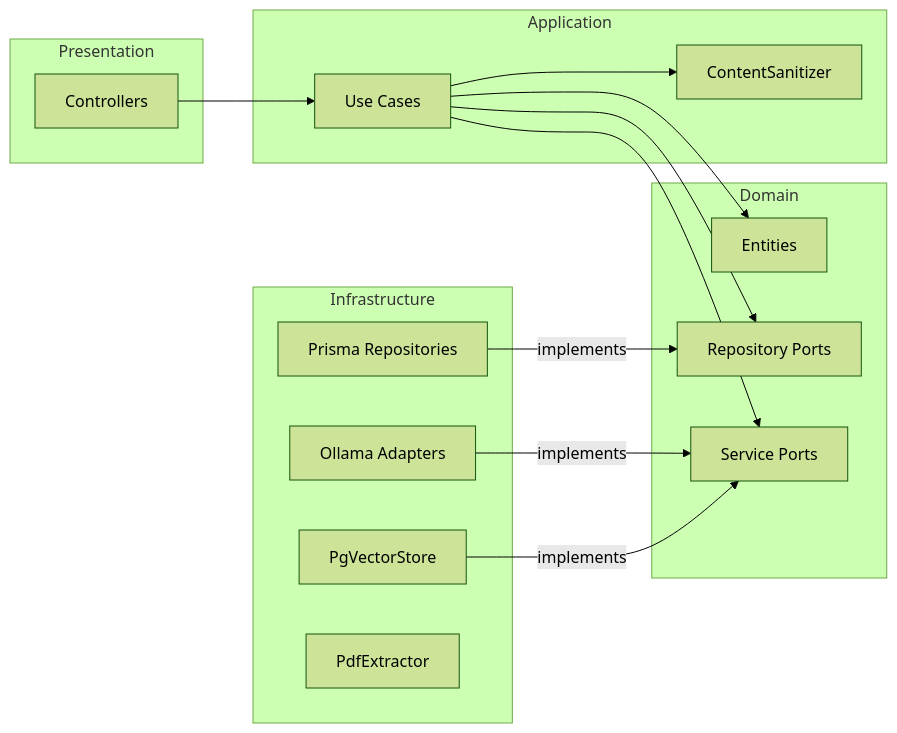
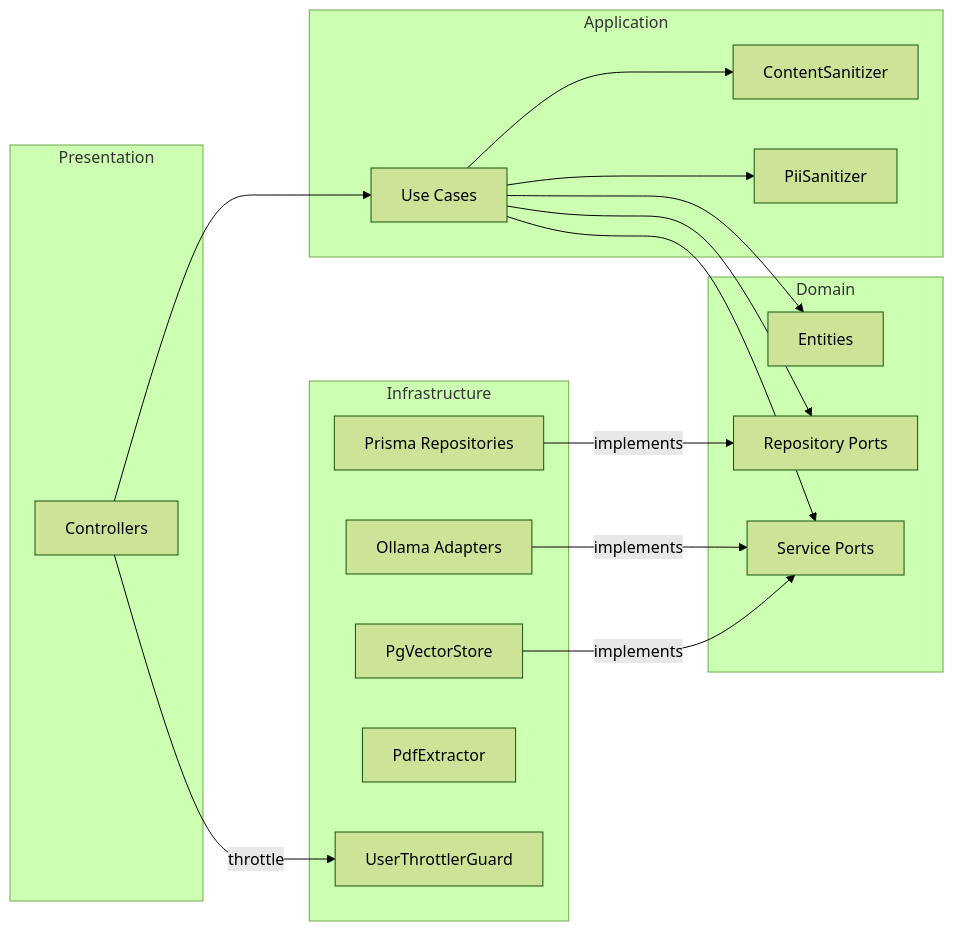
Before and after one commit to vidaal126/Rag-api: the diagram in README.md, drawn with Mermaid (forest theme). The commit also changed other lines of this file, not shown here.

````diff
--- a/README.md
+++ b/README.md
@@ -57,33 +57,37 @@
 ```mermaid
 graph LR
     subgraph Presentation
         CT[Controllers]
     end
 
     subgraph Application
         UC[Use Cases]
         SV[ContentSanitizer]
+        PS[PiiSanitizer]
     end
 
     subgraph Domain
         EN[Entities]
         RP[Repository Ports]
         SP[Service Ports]
     end
 
     subgraph Infrastructure
         PR[Prisma Repositories]
         OL[Ollama Adapters]
         PV[PgVectorStore]
         PD[PdfExtractor]
+        TG[UserThrottlerGuard]
     end
 
     CT --> UC
     UC --> EN
     UC --> RP
     UC --> SP
     UC --> SV
+    UC --> PS
+    CT -->|throttle| TG
     PR -->|implements| RP
     OL -->|implements| SP
     PV -->|implements| SP
 ```
````
